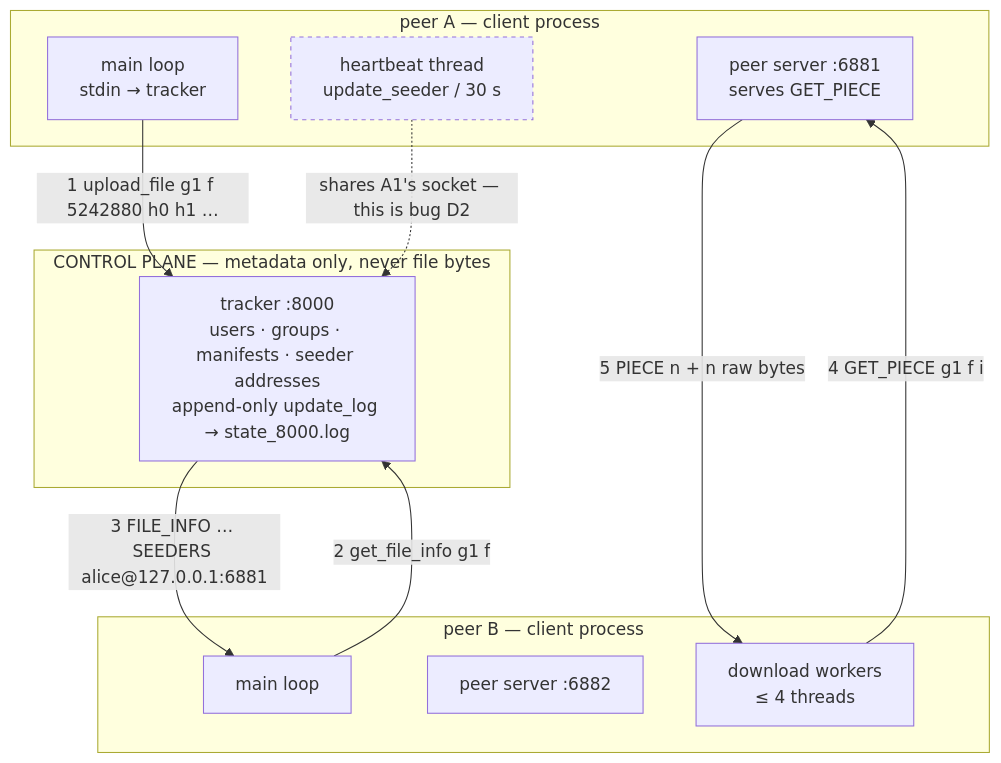
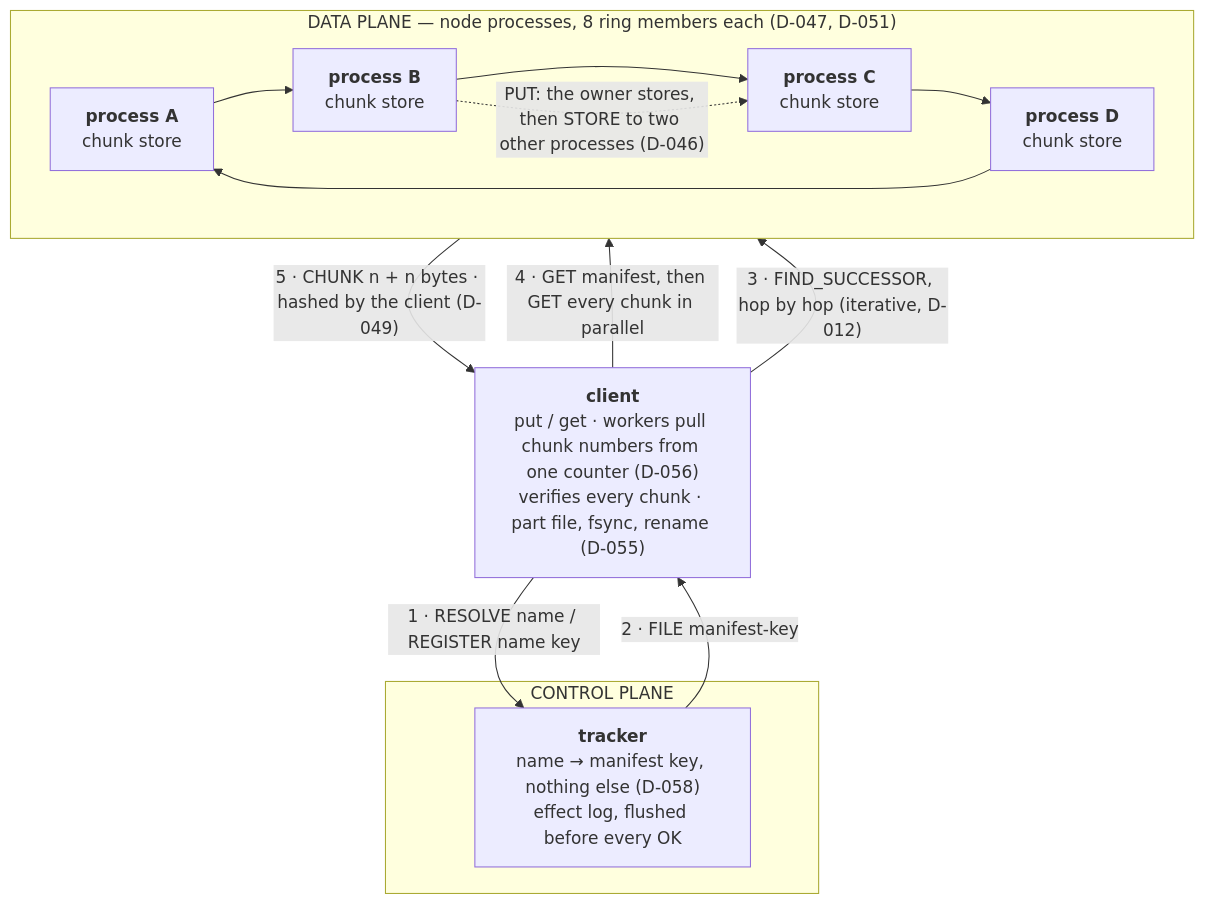
One commit to ChaitanyaShah21/chord-dht-filesystem changed the first of 2 diagrams in ARCHITECTURE.md. Above: the diagram before and after it, drawn with Mermaid. The commit also changed other lines of this file and 3 other files, not shown here.

Commit message:
describe the system as it now exists: files through the ring, the namespace tracker

````diff
--- a/ARCHITECTURE.md
+++ b/ARCHITECTURE.md
@@ -55,28 +59,20 @@
 ```mermaid
 flowchart TB
-    subgraph control["CONTROL PLANE — metadata only, never file bytes"]
-        T["tracker :8000<br/>users · groups · manifests · seeder addresses<br/>append-only update_log → state_8000.log"]
+    C["<b>client</b><br/>put / get · workers pull chunk numbers from one counter (D-056)<br/>verifies every chunk · part file, fsync, rename (D-055)"]
+
+    subgraph control["CONTROL PLANE"]
+        T["<b>tracker</b><br/>name → manifest key, nothing else (D-058)<br/>effect log, flushed before every OK"]
     end
 
-    subgraph peerA["peer A — client process"]
-        A1["main loop<br/>stdin → tracker"]
-        A2["peer server :6881<br/>serves GET_PIECE"]
-        A3["heartbeat thread<br/>update_seeder / 30 s"]
+    subgraph ring["DATA PLANE — node processes, 8 ring members each (D-047, D-051)"]
+        direction LR
+        P1["<b>process A</b><br/>chunk store"] --> P2["<b>process B</b><br/>chunk store"] --> P3["<b>process C</b><br/>chunk store"] --> P4["<b>process D</b><br/>chunk store"] --> P1
     end
 
-    subgraph peerB["peer B — client process"]
-        B1["main loop"]
-        B2["peer server :6882"]
-        B3["download workers<br/>≤ 4 threads"]
-    end
-
-    A1 -- "1 upload_file g1 f 5242880 h0 h1 …" --> T
-    B1 -- "2 get_file_info g1 f" --> T
-    T -- "3 FILE_INFO … SEEDERS alice@127.0.0.1:6881" --> B1
-    B3 -- "4 GET_PIECE g1 f i" --> A2
-    A2 -- "5 PIECE n + n raw bytes" --> B3
-    A3 -.->|"shares A1's socket — this is bug D2"| T
-
-    classDef bug stroke-dasharray: 4 4
-    class A3 bug
+    C -- "1 · RESOLVE name / REGISTER name key" --> T
+    T -- "2 · FILE manifest-key" --> C
+    C -- "3 · FIND_SUCCESSOR, hop by hop (iterative, D-012)" --> ring
+    C -- "4 · GET manifest, then GET every chunk in parallel" --> P2
+    P2 -- "5 · CHUNK n + n bytes · hashed by the client (D-049)" --> C
+    P2 -. "PUT: the owner stores, then STORE to two other processes (D-046)" .-> P3
 ```
````
